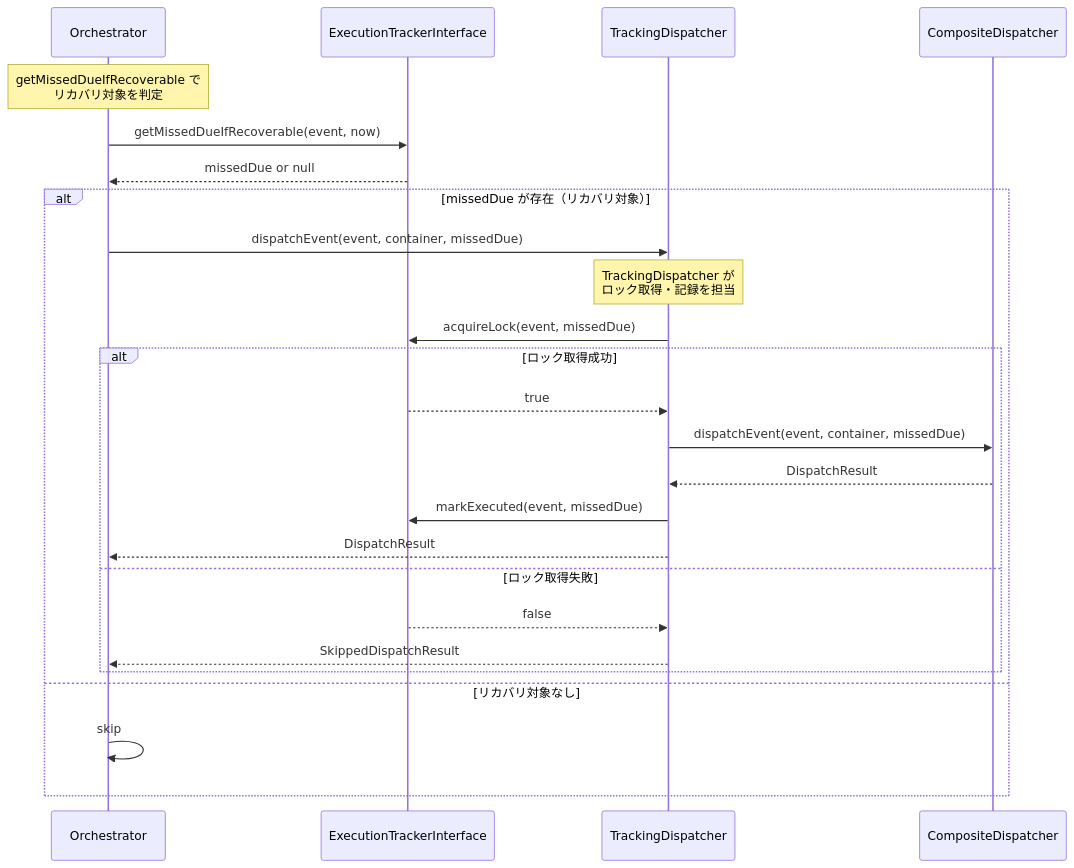
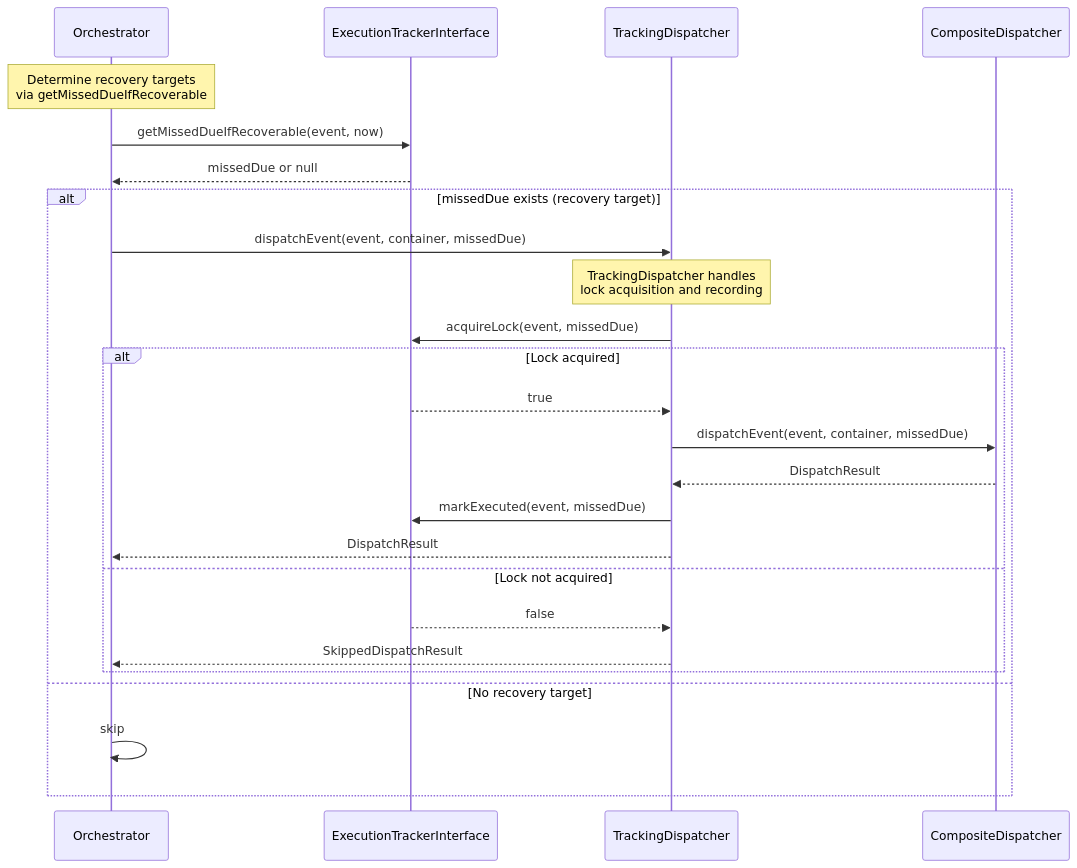
One commit to rakkofield/laravel-graceful-schedule-worker changed the third of 4 diagrams in docs/internals/DESIGN.md. Above: the diagram before and after it, drawn with Mermaid. The commit also changed other lines of this file and 19 other files, not shown here.

````diff
--- a/docs/internals/DESIGN.md
+++ b/docs/internals/DESIGN.md
@@ -480,29 +480,29 @@
 ```mermaid
 sequenceDiagram
     participant Orch as Orchestrator
     participant Track as ExecutionTrackerInterface
     participant TDisp as TrackingDispatcher
     participant Comp as CompositeDispatcher
 
-    Note over Orch: getMissedDueIfRecoverable で<br/>リカバリ対象を判定
+    Note over Orch: Determine recovery targets<br/>via getMissedDueIfRecoverable
     Orch->>Track: getMissedDueIfRecoverable(event, now)
     Track-->>Orch: missedDue or null
 
-    alt missedDue が存在（リカバリ対象）
+    alt missedDue exists (recovery target)
         Orch->>TDisp: dispatchEvent(event, container, missedDue)
-        Note over TDisp: TrackingDispatcher が<br/>ロック取得・記録を担当
+        Note over TDisp: TrackingDispatcher handles<br/>lock acquisition and recording
         TDisp->>Track: acquireLock(event, missedDue)
-        alt ロック取得成功
+        alt Lock acquired
             Track-->>TDisp: true
             TDisp->>Comp: dispatchEvent(event, container, missedDue)
             Comp-->>TDisp: DispatchResult
             TDisp->>Track: markExecuted(event, missedDue)
             TDisp-->>Orch: DispatchResult
-        else ロック取得失敗
+        else Lock not acquired
             Track-->>TDisp: false
             TDisp-->>Orch: SkippedDispatchResult
         end
-    else リカバリ対象なし
+    else No recovery target
         Orch->>Orch: skip
     end
 ```
````
